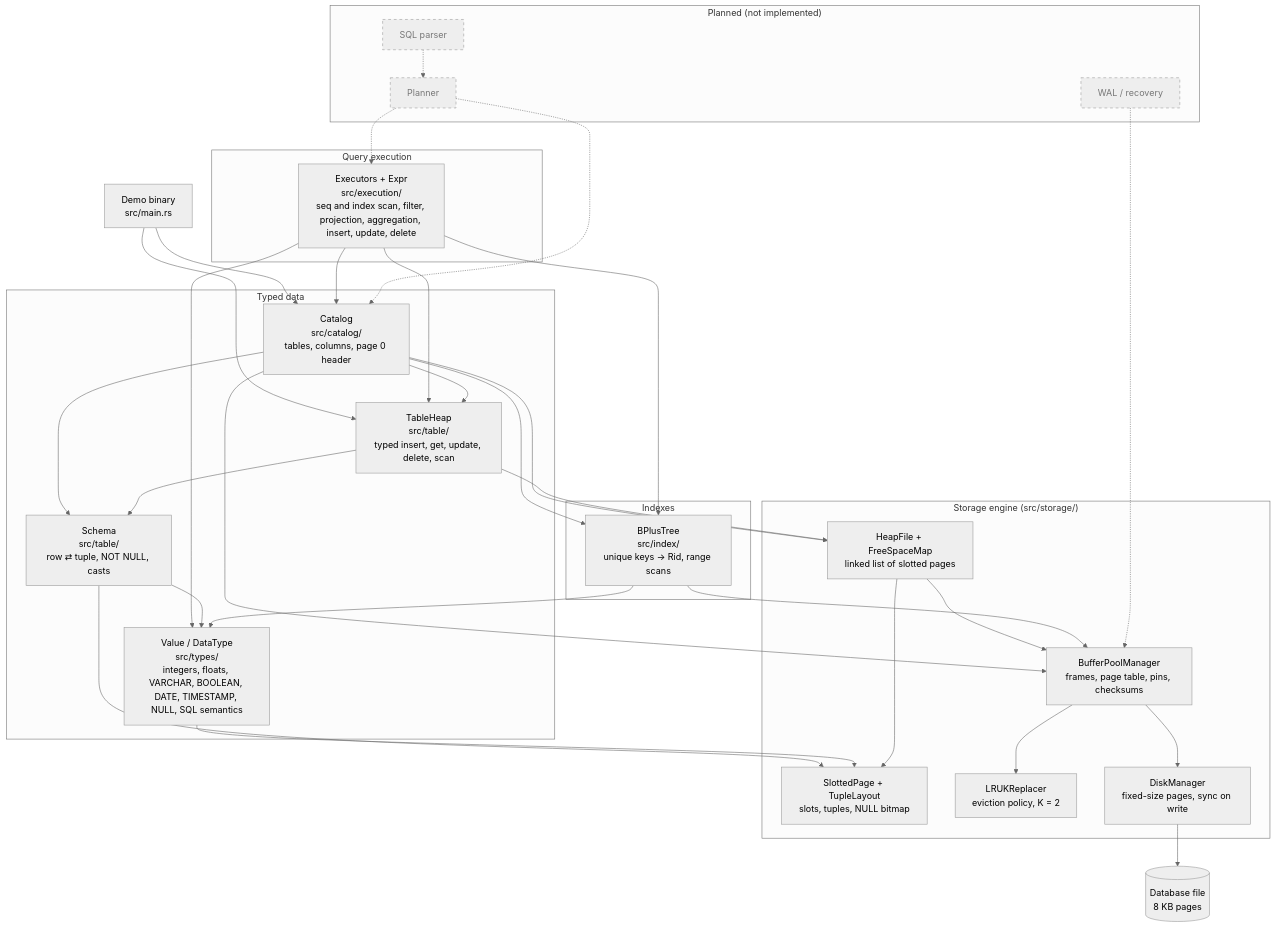
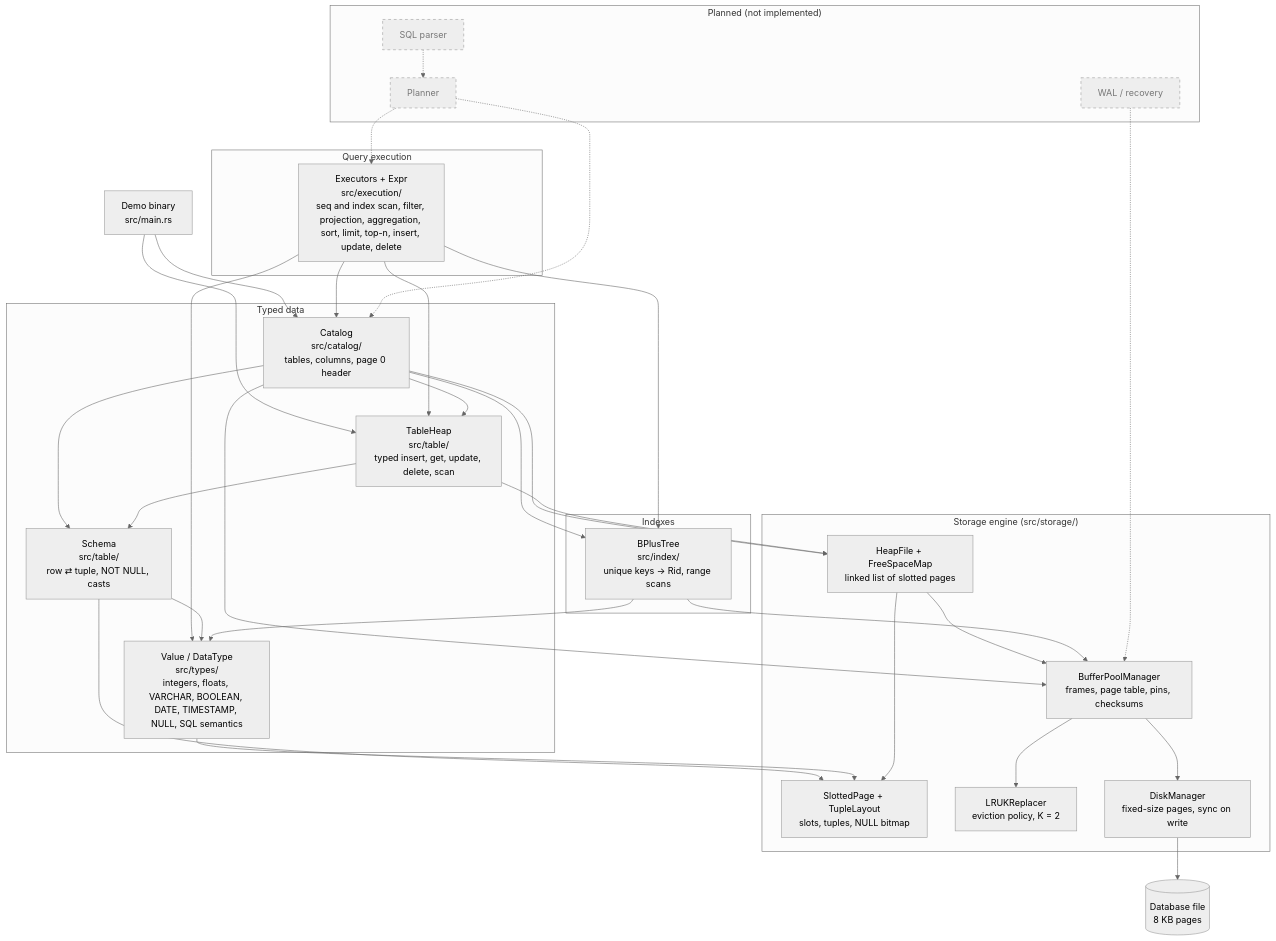
Before and after one commit to RodrigoGrz/ferro-db: the diagram in docs/architecture.md, drawn with Mermaid (neutral theme). The commit also changed other lines of this file and 11 other files, not shown here.

First line of the commit message:
feat/sort-limit-and-top-n

````diff
--- a/docs/architecture.md
+++ b/docs/architecture.md
@@ -9,66 +9,66 @@
 ```mermaid
 flowchart TD
     demo["Demo binary<br/>src/main.rs"]
 
     subgraph upper["Typed data"]
         catalog["Catalog<br/>src/catalog/<br/>tables, columns, page 0 header"]
         tableheap["TableHeap<br/>src/table/<br/>typed insert, get, update, delete, scan"]
         schema["Schema<br/>src/table/<br/>row ⇄ tuple, NOT NULL, casts"]
         types["Value / DataType<br/>src/types/<br/>integers, floats, VARCHAR, BOOLEAN, DATE, TIMESTAMP, NULL, SQL semantics"]
     end
 
     subgraph indexes["Indexes"]
         btree["BPlusTree<br/>src/index/<br/>unique keys → Rid, range scans"]
     end
 
     subgraph execution["Query execution"]
-        exec["Executors + Expr<br/>src/execution/<br/>seq and index scan, filter, projection, aggregation, insert, update, delete"]
+        exec["Executors + Expr<br/>src/execution/<br/>seq and index scan, filter, projection, aggregation, sort, limit, top-n, insert, update, delete"]
     end
 
     subgraph storage["Storage engine (src/storage/)"]
         heap["HeapFile + FreeSpaceMap<br/>linked list of slotted pages"]
         slotted["SlottedPage + TupleLayout<br/>slots, tuples, NULL bitmap"]
         bpm["BufferPoolManager<br/>frames, page table, pins, checksums"]
         replacer["LRUKReplacer<br/>eviction policy, K = 2"]
         disk["DiskManager<br/>fixed-size pages, sync on write"]
     end
 
     file[("Database file<br/>8 KB pages")]
 
     demo --> catalog
     demo --> tableheap
     exec --> catalog
     exec --> tableheap
     exec --> btree
     exec --> types
     catalog --> tableheap
     catalog --> heap
     catalog --> schema
     tableheap --> schema
     tableheap --> heap
     schema --> types
     schema --> slotted
     types --> slotted
     heap --> slotted
     heap --> bpm
     catalog --> bpm
     catalog --> btree
     btree --> types
     btree --> bpm
     bpm --> replacer
     bpm --> disk
     disk --> file
 
     subgraph planned["Planned (not implemented)"]
         sql["SQL parser"]
         planner["Planner"]
         wal["WAL / recovery"]
     end
     sql -.-> planner
     planner -.-> exec
     planner -.-> catalog
     wal -.-> bpm
 
     classDef plannedNode stroke-dasharray: 5 5,color:#777
     class sql,planner,wal plannedNode
 ```
````
